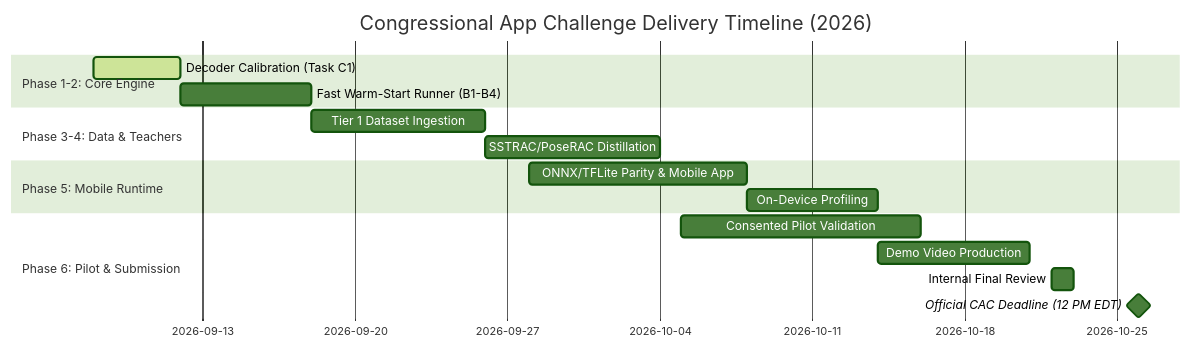
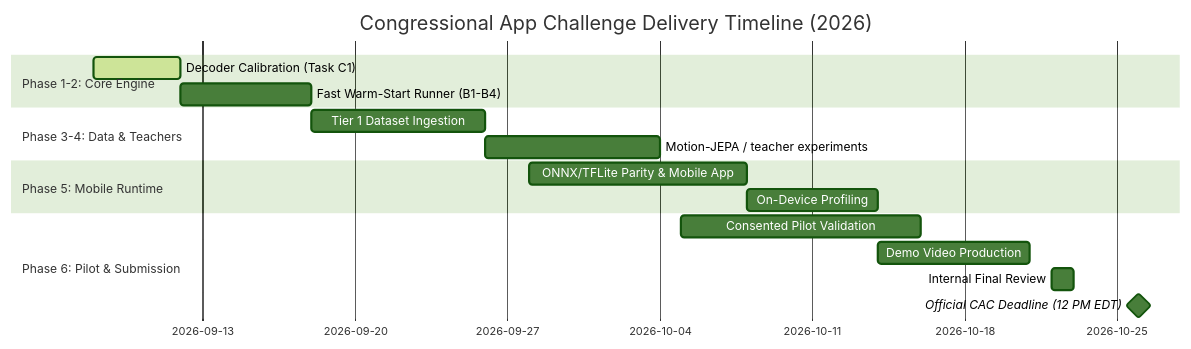
Before and after one commit to DeviDeviDeviKanumilli/adaptfit-model: the sixth of 6 diagrams in docs/project-forward-plan.md, drawn with Mermaid (forest theme). The commit also changed other lines of this file and 65 other files, not shown here.

````diff
--- a/docs/project-forward-plan.md
+++ b/docs/project-forward-plan.md
@@ -347,19 +440,19 @@
 ```mermaid
 gantt
     title Congressional App Challenge Delivery Timeline (2026)
     dateFormat  YYYY-MM-DD
     section Phase 1-2: Core Engine
     Decoder Calibration (Task C1)     :active, 2026-09-08, 2026-09-12
     Fast Warm-Start Runner (B1-B4)    :2026-09-12, 2026-09-18
     section Phase 3-4: Data & Teachers
     Tier 1 Dataset Ingestion          :2026-09-18, 2026-09-26
-    SSTRAC/PoseRAC Distillation       :2026-09-26, 2026-10-04
+    Motion-JEPA / teacher experiments :2026-09-26, 2026-10-04
     section Phase 5: Mobile Runtime
     ONNX/TFLite Parity & Mobile App   :2026-09-28, 2026-10-08
     On-Device Profiling               :2026-10-08, 2026-10-14
     section Phase 6: Pilot & Submission
     Consented Pilot Validation        :2026-10-05, 2026-10-16
     Demo Video Production             :2026-10-14, 2026-10-21
     Internal Final Review             :2026-10-22, 2026-10-23
     Official CAC Deadline (12 PM EDT) :milestone, 2026-10-26, 0d
 ```
````
